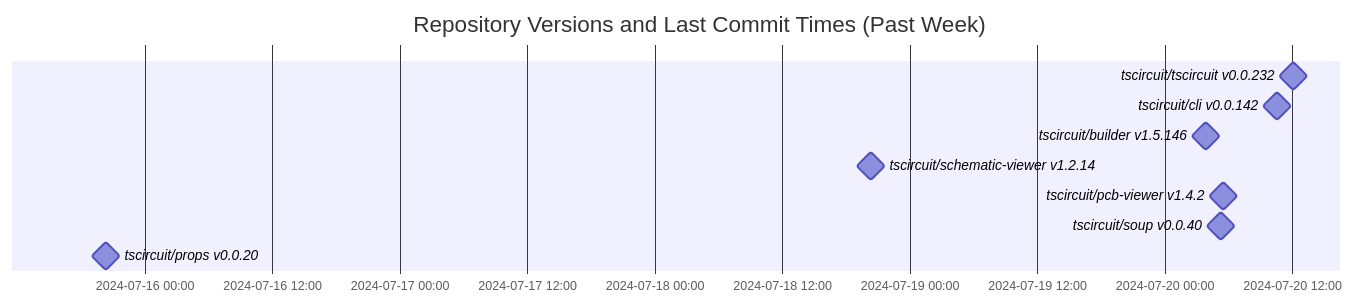
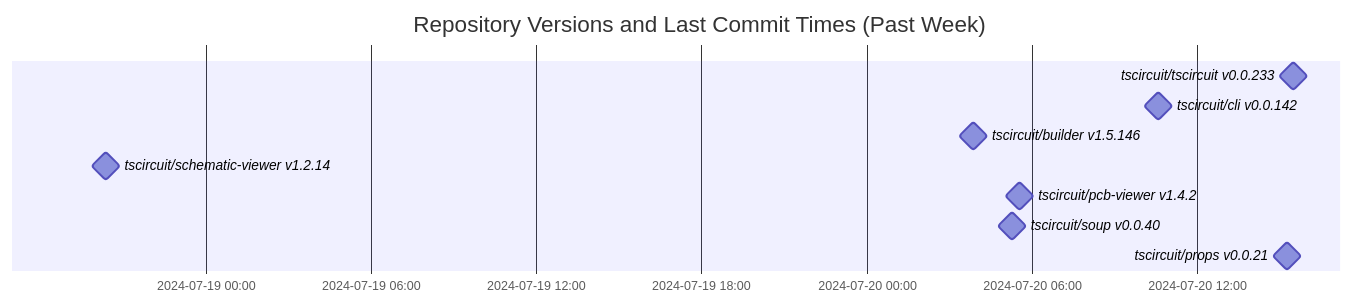
The diagram in README.md (tscircuit/version-tracker), drawn with Mermaid before and after one commit.

Commit message:
Update chart

````diff
--- a/README.md
+++ b/README.md
@@ -1,14 +1,14 @@
 ```mermaid
 gantt
   dateFormat  YYYY-MM-DD HH:mm:ss
   title Repository Versions and Last Commit Times (Past Week)
   axisFormat %Y-%m-%d %H:%M
 
-  tscircuit/tscircuit v0.0.232 : milestone, 2024-07-20 12:09:48, 1s
+  tscircuit/tscircuit v0.0.233 : milestone, 2024-07-20 15:31:10, 1s
   tscircuit/cli v0.0.142 : milestone, 2024-07-20 10:36:15, 1s
   tscircuit/builder v1.5.146 : milestone, 2024-07-20 03:52:26, 1s
   tscircuit/schematic-viewer v1.2.14 : milestone, 2024-07-18 20:20:40, 1s
   tscircuit/pcb-viewer v1.4.2 : milestone, 2024-07-20 05:34:23, 1s
   tscircuit/soup v0.0.40 : milestone, 2024-07-20 05:18:19, 1s
-  tscircuit/props v0.0.20 : milestone, 2024-07-15 20:19:59, 1s
+  tscircuit/props v0.0.21 : milestone, 2024-07-20 15:18:01, 1s
 ```
````
